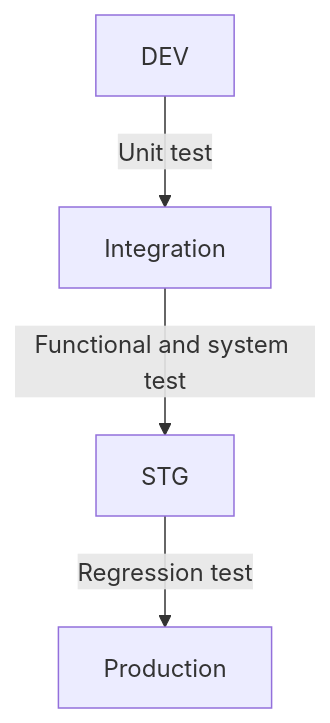
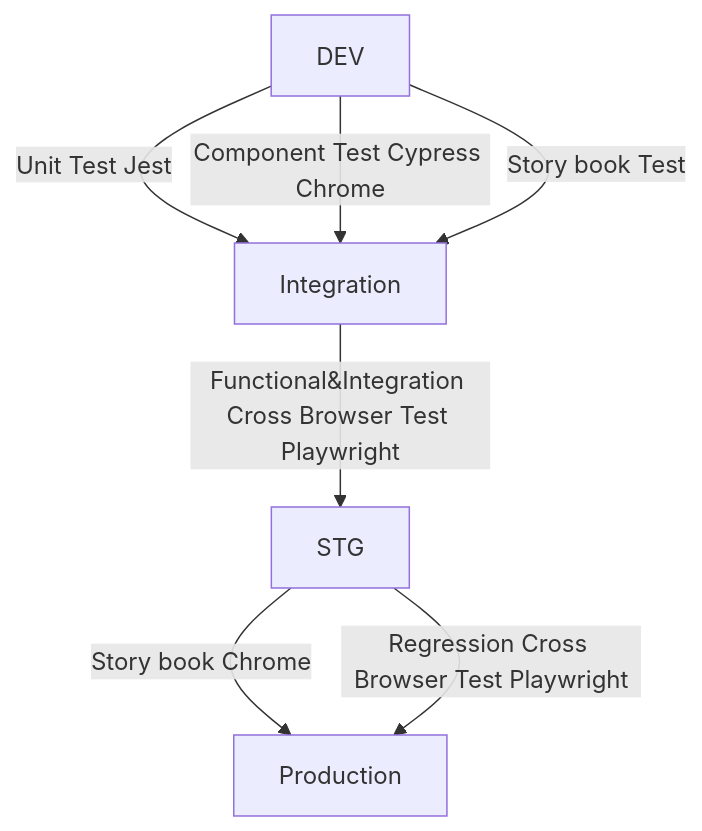
The second of 4 diagrams in README.md (shuaiOrca/Orca_Automation_Test), drawn with Mermaid before and after one commit. The commit also changed other lines of this file, not shown here.

````diff
--- a/README.md
+++ b/README.md
@@ -53,6 +66,9 @@
 ```mermaid
 graph TD;
-    DEV--Unit test-->Integration;
-    Integration--Functional and system test-->STG;
-    STG--Regression test-->Production;
+    DEV--Unit Test Jest-->Integration;
+    DEV--Component Test Cypress Chrome-->Integration;
+    DEV--Story book Test-->Integration;
+    Integration--Functional&Integration Cross Browser Test Playwright-->STG;
+    STG--Story book Chrome-->Production;
+    STG--Regression Cross Browser Test Playwright-->Production;
 ```
````
